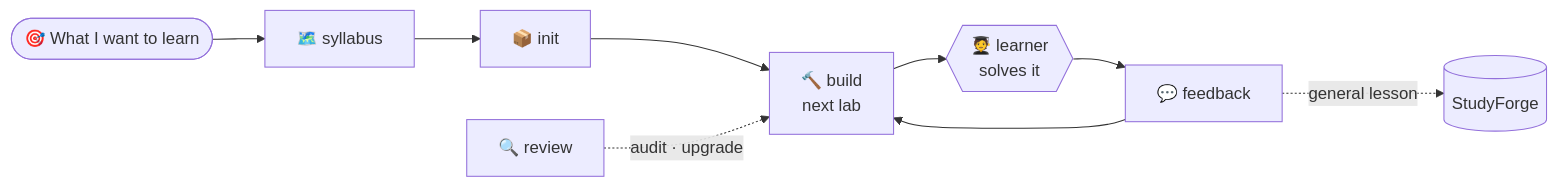
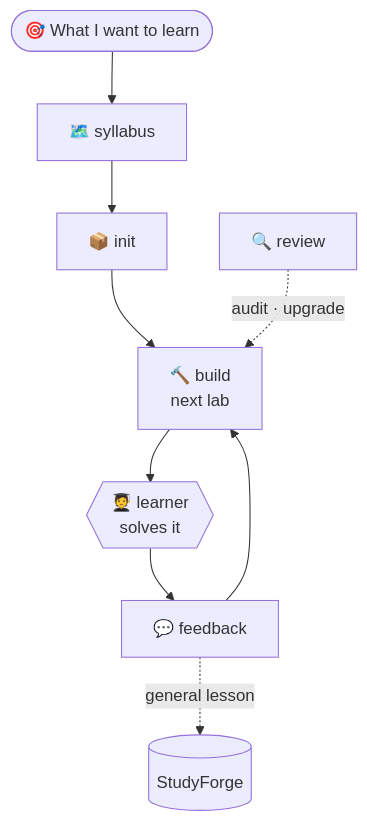
The diagram in README.md (Chamba-Lab/studyforge), drawn with Mermaid before and after one commit. The commit also changed 1 other file, not shown here.

Commit message:
docs: draw the README workflow diagram top to bottom so it stays readable

````diff
--- a/README.md
+++ b/README.md
@@ -28,11 +28,11 @@
 ```mermaid
-flowchart LR
+flowchart TB
     G([🎯 What I want to learn]) --> S[🗺️ syllabus]
     S --> I[📦 init]
     I --> B[🔨 build<br/>next lab]
     B --> L{{🧑‍🎓 learner<br/>solves it}}
     L --> F[💬 feedback]
     F --> B
     F -. general lesson .-> U[(StudyForge)]
     R[🔍 review] -. audit · upgrade .-> B
 ```
````
